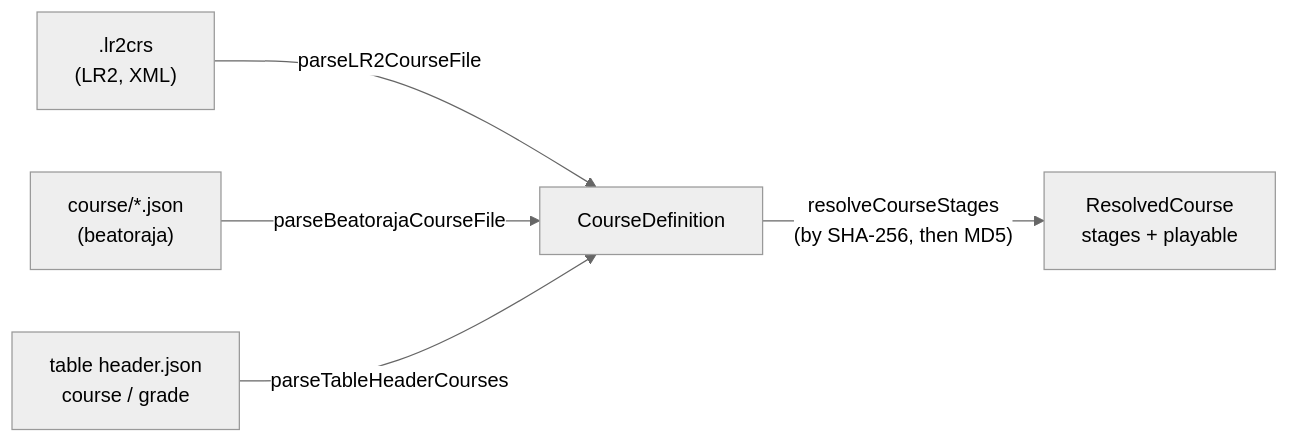
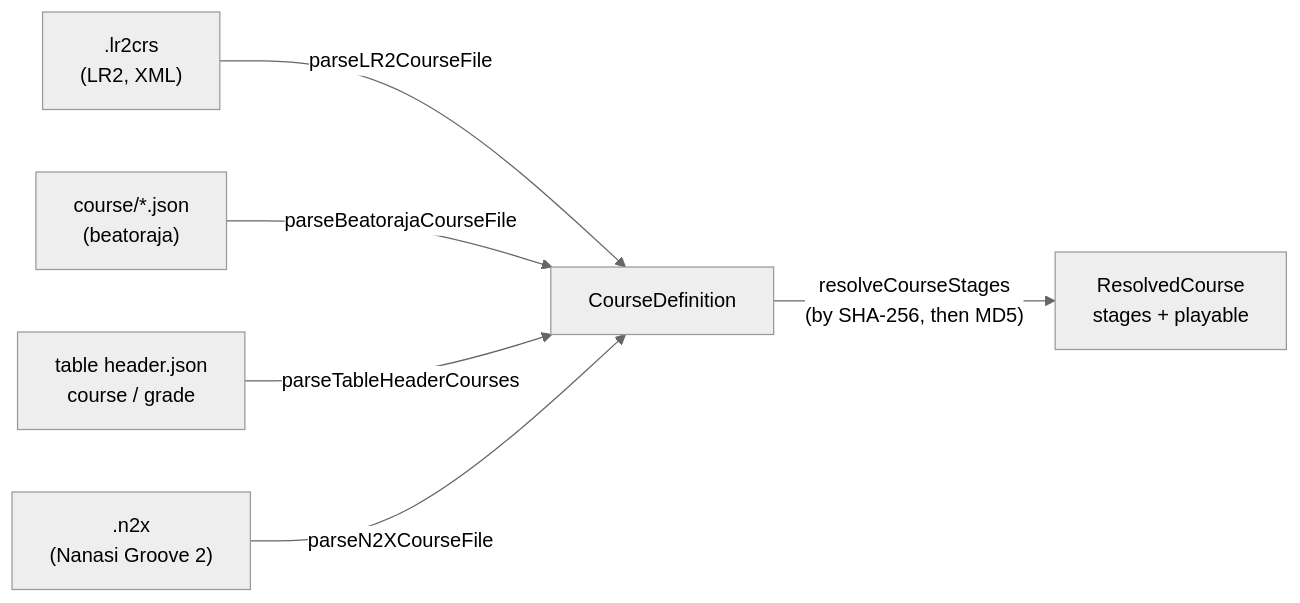
One commit to nulltask/be-music changed the first of 12 diagrams in docs/course.md. Above: the diagram before and after it, drawn with Mermaid (neutral theme). The commit also changed other lines of this file and 20 other files, not shown here.

First line of the commit message:
feat: read Nanasi Groove 2 .n2x chart lists as courses

````diff
--- a/docs/course.md
+++ b/docs/course.md
@@ -9,7 +9,8 @@
 ```mermaid
 flowchart LR
   lr2[".lr2crs<br/>(LR2, XML)"] -->|parseLR2CourseFile| def["CourseDefinition"]
   bjson["course/*.json<br/>(beatoraja)"] -->|parseBeatorajaCourseFile| def
   table["table header.json<br/>course / grade"] -->|parseTableHeaderCourses| def
+  n2x[".n2x<br/>(Nanasi Groove 2)"] -->|parseN2XCourseFile| def
   def -->|"resolveCourseStages<br/>(by SHA-256, then MD5)"| resolved["ResolvedCourse<br/>stages + playable"]
 ```
````
